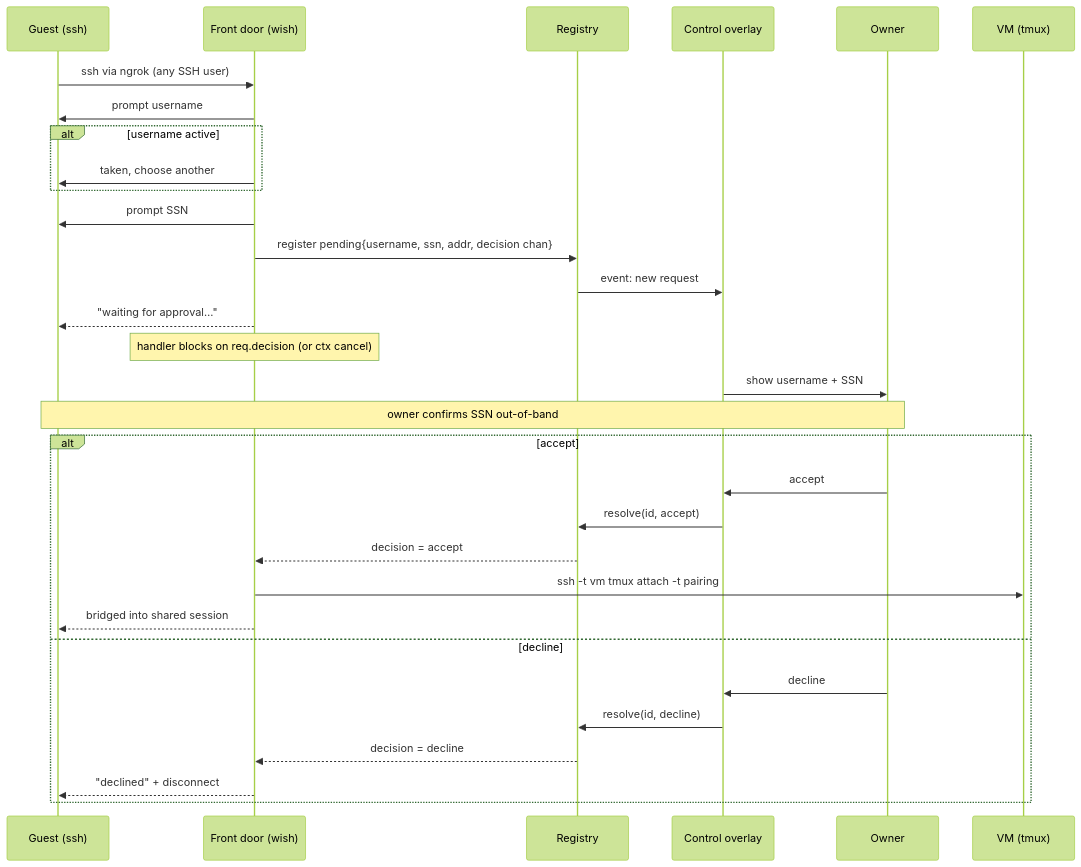
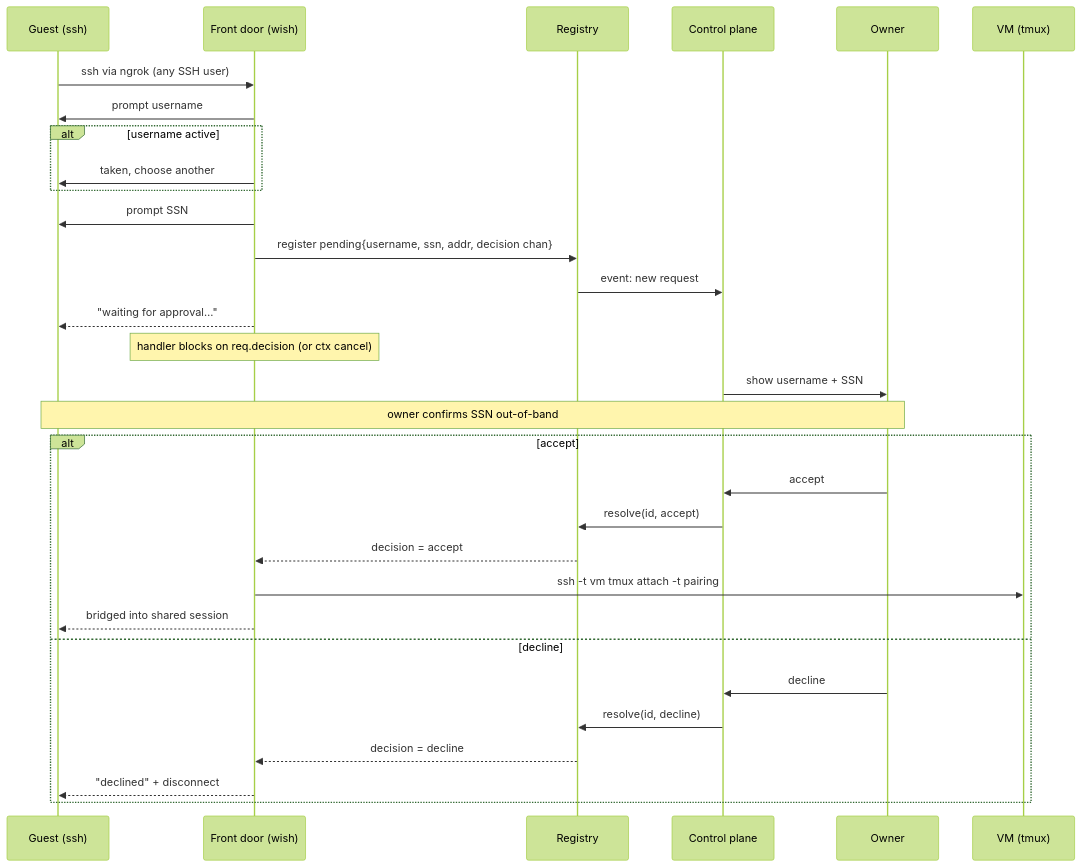
The second of 4 diagrams in docs/DESIGN.md (miccah/social-security), drawn with Mermaid (forest theme) before and after one commit. The commit also changed other lines of this file, not shown here.

````diff
--- a/docs/DESIGN.md
+++ b/docs/DESIGN.md
@@ -128,34 +123,34 @@
 ```mermaid
 sequenceDiagram
     participant G as Guest (ssh)
     participant F as Front door (wish)
     participant R as Registry
-    participant T as Control overlay
+    participant T as Control plane
     participant O as Owner
     participant V as VM (tmux)
 
     G->>F: ssh via ngrok (any SSH user)
     F->>G: prompt username
     alt username active
         F->>G: taken, choose another
     end
     F->>G: prompt SSN
     F->>R: register pending{username, ssn, addr, decision chan}
     R->>T: event: new request
     F-->>G: "waiting for approval…"
     Note over F: handler blocks on req.decision (or ctx cancel)
     T->>O: show username + SSN
     Note over O,G: owner confirms SSN out-of-band
     alt accept
         O->>T: accept
         T->>R: resolve(id, accept)
         R-->>F: decision = accept
         F->>V: ssh -t vm tmux attach -t pairing
         F-->>G: bridged into shared session
     else decline
         O->>T: decline
         T->>R: resolve(id, decline)
         R-->>F: decision = decline
         F-->>G: "declined" + disconnect
     end
 ```
````
